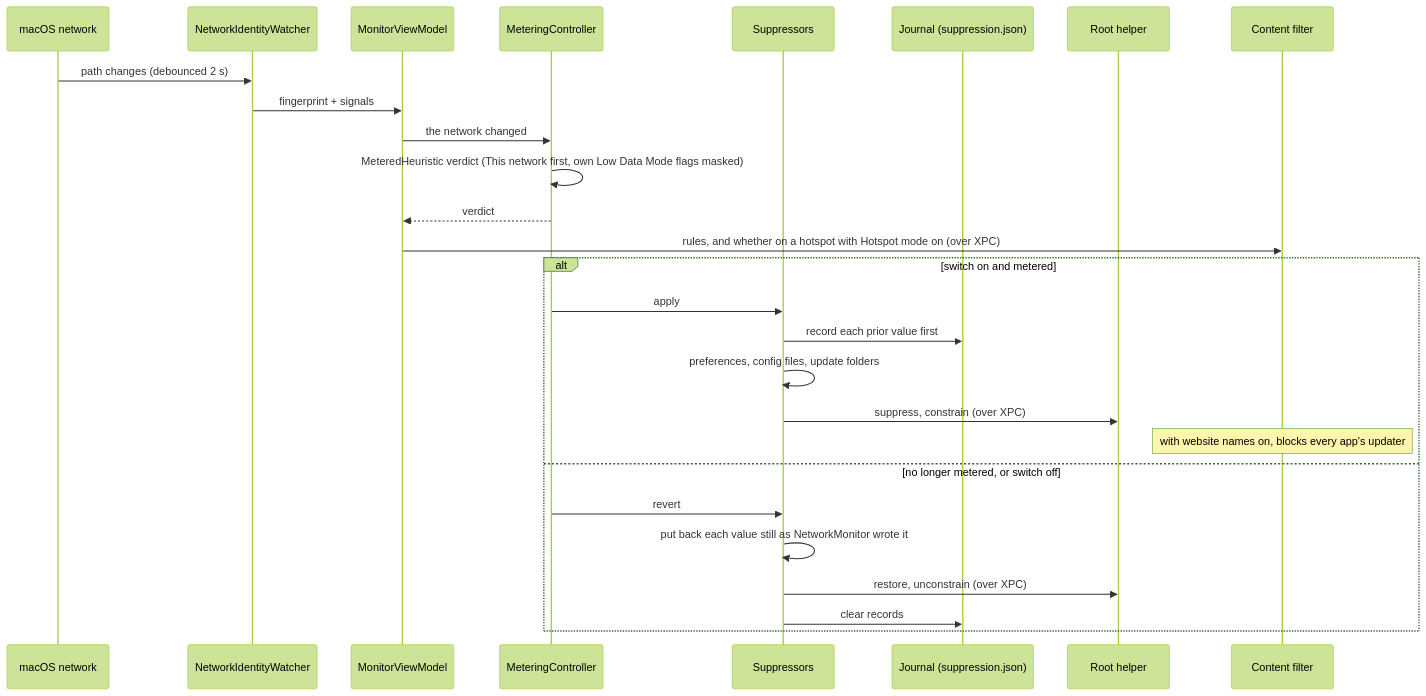
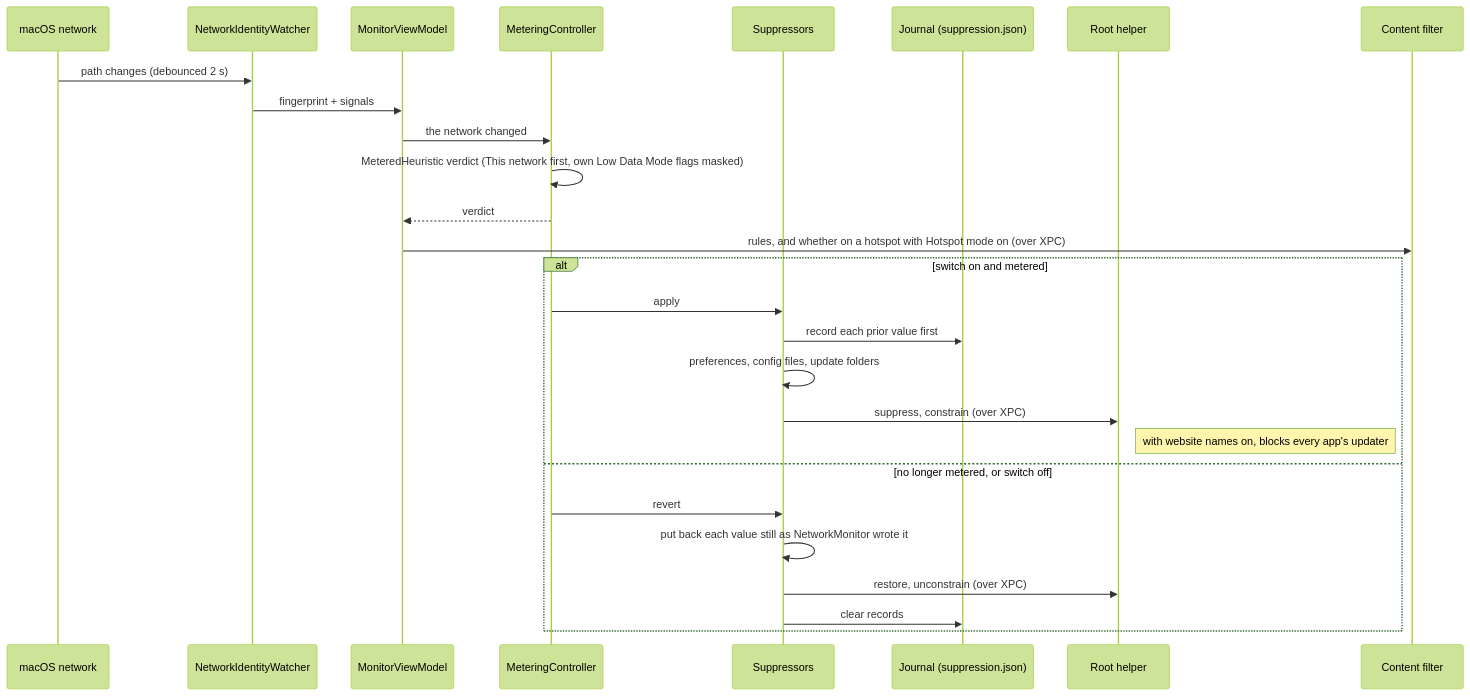
One commit to kevinabouhanna/NetworkMonitor changed the diagram in docs/hotspot-mode.md. Above: the diagram before and after it, drawn with Mermaid (forest theme).

Commit message:
Keep the content filter's note inside the diagram (#177)

````diff
--- a/docs/hotspot-mode.md
+++ b/docs/hotspot-mode.md
@@ -196,30 +196,30 @@
 ```mermaid
 sequenceDiagram
     participant Mac as macOS network
     participant W as NetworkIdentityWatcher
     participant VM as MonitorViewModel
     participant M as MeteringController
     participant S as Suppressors
     participant J as Journal (suppression.json)
     participant H as Root helper
     participant F as Content filter
 
     Mac->>W: path changes (debounced 2 s)
     W->>VM: fingerprint + signals
     VM->>M: the network changed
     M->>M: MeteredHeuristic verdict (This network first, own Low Data Mode flags masked)
     M-->>VM: verdict
     VM->>F: rules, and whether on a hotspot with Hotspot mode on (over XPC)
     alt switch on and metered
         M->>S: apply
         S->>J: record each prior value first
         S->>S: preferences, config files, update folders
         S->>H: suppress, constrain (over XPC)
-        Note over F: with website names on, blocks every app's updater
+        Note left of F: with website names on, blocks every app's updater
     else no longer metered, or switch off
         M->>S: revert
         S->>S: put back each value still as NetworkMonitor wrote it
         S->>H: restore, unconstrain (over XPC)
         S->>J: clear records
     end
 ```
````
